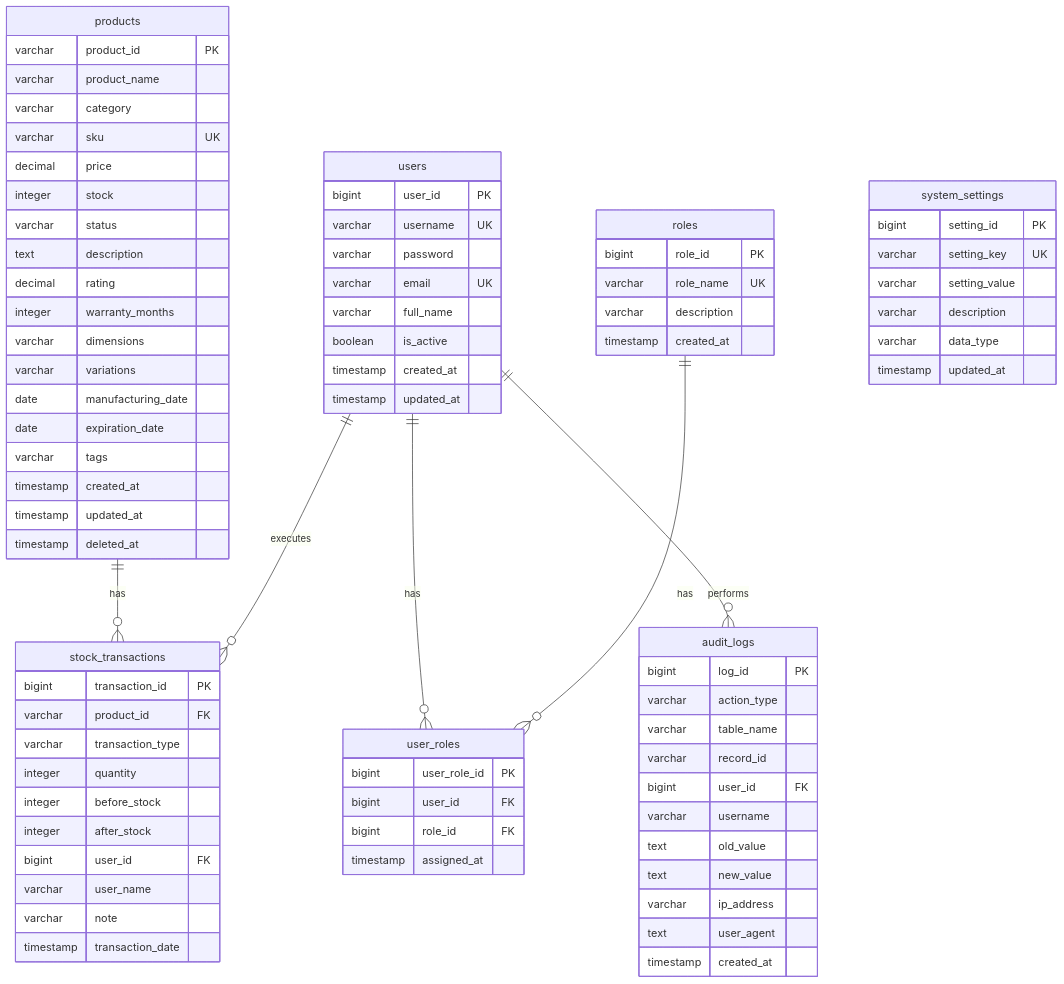
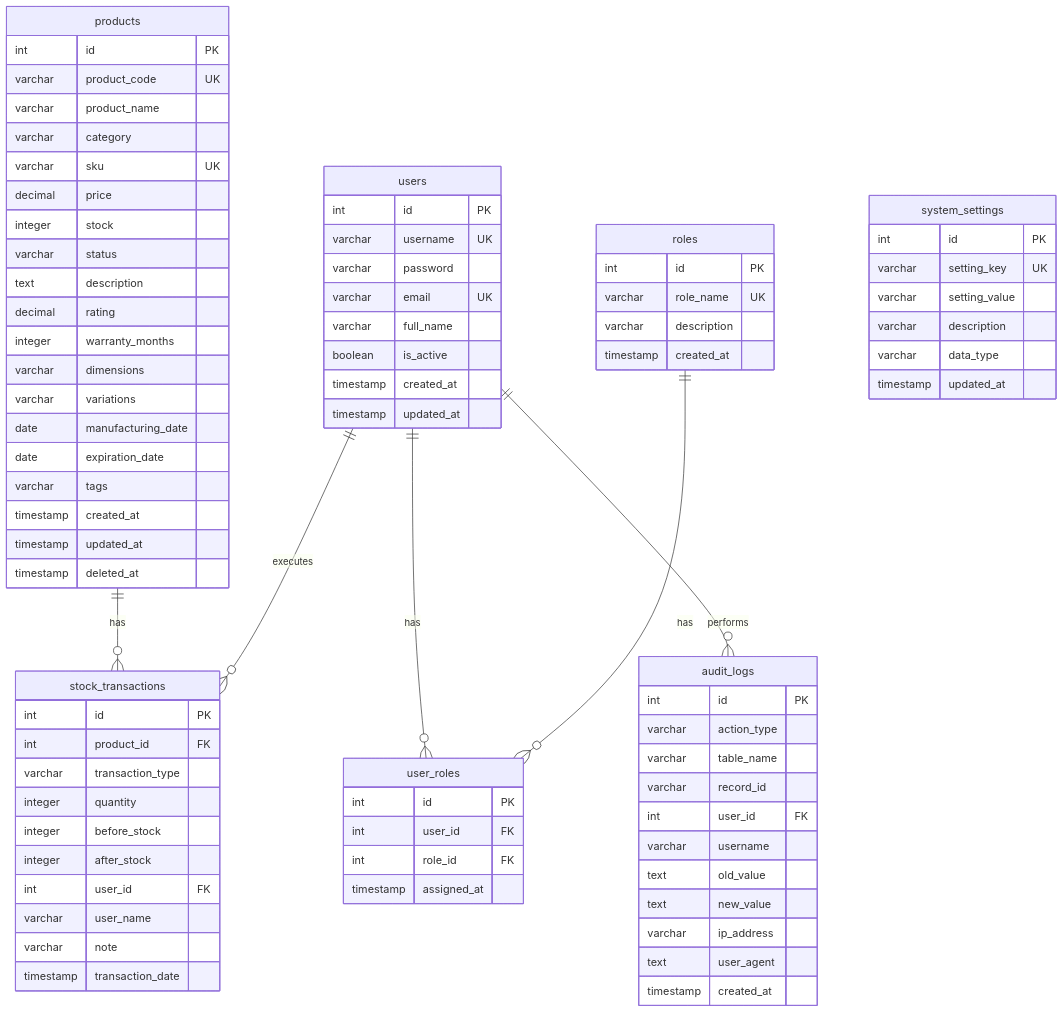
One commit to yoshi1414/inventory-management changed the diagram in Doc/SystemDesign/データベース設計書_ER図.md. Above: the diagram before and after it, drawn with Mermaid. The commit also changed other lines of this file and 10 other files, not shown here.

Commit message:
テーブルSQL作成およびDB設計書の修正 - schema.sqlにテーブルSQLを作成 - DB設計書をレビュー - DB設計書を修正 - DB修正に伴う関連ドキュメントを更新

```diff
--- a/Doc/SystemDesign/データベース設計書_ER図.md
+++ b/Doc/SystemDesign/データベース設計書_ER図.md
@@ -59,7 +59,8 @@
 erDiagram
     products ||--o{ stock_transactions : "has"
     products {
-        varchar product_id PK
+        int id PK
+        varchar product_code UK
         varchar product_name
         varchar category
         varchar sku UK
@@ -80,13 +81,13 @@
     }
     
     stock_transactions {
-        bigint transaction_id PK
-        varchar product_id FK
+        int id PK
+        int product_id FK
         varchar transaction_type
         integer quantity
         integer before_stock
         integer after_stock
-        bigint user_id FK
+        int user_id FK
         varchar user_name
         varchar note
         timestamp transaction_date
@@ -95,7 +96,7 @@
     users ||--o{ stock_transactions : "executes"
     users ||--o{ user_roles : "has"
     users {
-        bigint user_id PK
+        int id PK
         varchar username UK
         varchar password
         varchar email UK
@@ -107,21 +108,21 @@
     
     roles ||--o{ user_roles : "has"
     roles {
-        bigint role_id PK
+        int id PK
         varchar role_name UK
         varchar description
         timestamp created_at
     }
     
     user_roles {
-        bigint user_role_id PK
-        bigint user_id FK
-        bigint role_id FK
+        int id PK
+        int user_id FK
+        int role_id FK
         timestamp assigned_at
     }
     
     system_settings {
-        bigint setting_id PK
+        int id PK
         varchar setting_key UK
         varchar setting_value
         varchar description
@@ -130,11 +131,11 @@
     }
     
     audit_logs {
-        bigint log_id PK
+        int id PK
         varchar action_type
         varchar table_name
         varchar record_id
-        bigint user_id FK
+        int user_id FK
         varchar username
         text old_value
         text new_value
```
